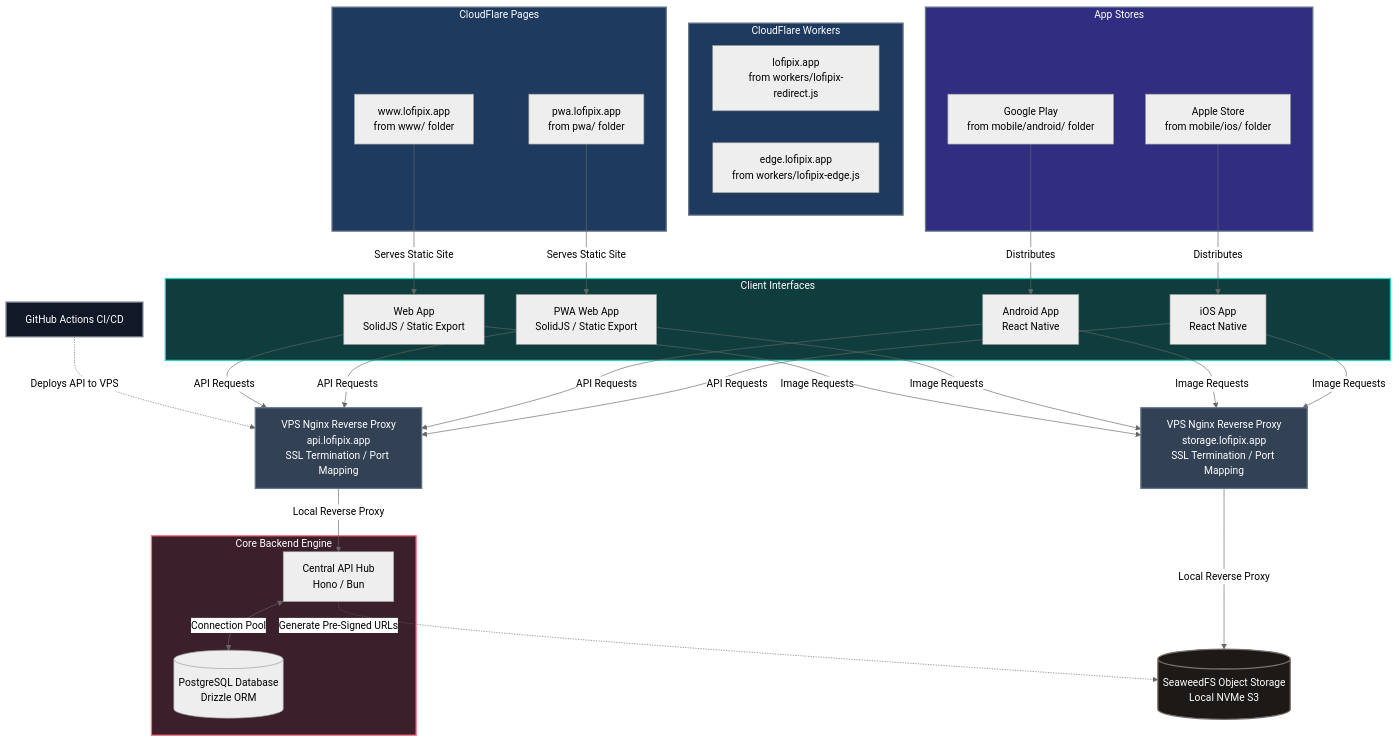
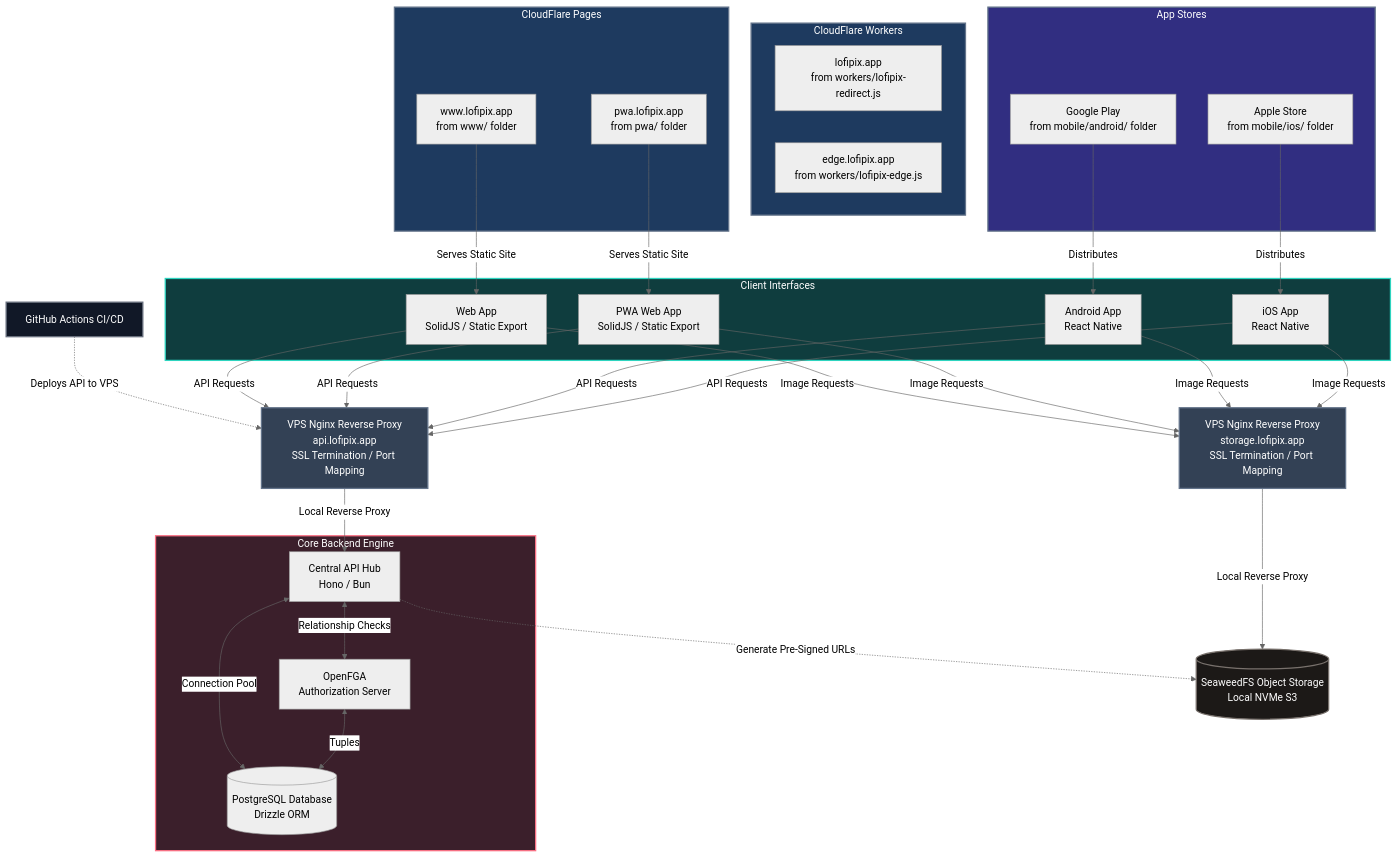
Before and after one commit to pchilton/lofipix: the diagram in README.md, drawn with Mermaid (neutral theme). The commit also changed other lines of this file and 25 other files, not shown here.

Commit message:
Better Auth, OpenFGA

````diff
--- a/README.md
+++ b/README.md
@@ -5,69 +5,72 @@
 ```mermaid
 graph TD
     %% Static Hosting
     subgraph CFWorkers [CloudFlare Workers]
         CFRedirect[lofipix.app<br>from workers/lofipix-redirect.js]
         CFEdge[edge.lofipix.app<br>from workers/lofipix-edge.js]
     end
 
     subgraph CloudFlare [CloudFlare Pages]
         CFWeb[www.lofipix.app<br>from www/ folder]
         CFPWA[pwa.lofipix.app<br>from pwa/ folder]
     end
 
     %% App Stores
     subgraph AppStores [App Stores]
         GooglePlay[Google Play<br>from mobile/android/ folder]
         AppleStore[Apple Store<br>from mobile/ios/ folder]
     end
 
     %% Client Tier
     subgraph ClientInterfaces [Client Interfaces]
         Web[Web App<br>SolidJS / Static Export]
         PWA[PWA Web App<br>SolidJS / Static Export]
         Android[Android App<br>React Native]
         iOS[iOS App<br>React Native]
     end
 
     %% Network Entry
     Proxy[VPS Nginx Reverse Proxy<br>api.lofipix.app<br>SSL Termination / Port Mapping]
 
     %% Deployment
     GHA[GitHub Actions CI/CD] -.->|Deploys API to VPS| Proxy
 
     %% Core Services
     subgraph CoreBackend [Core Backend Engine]
         API[Central API Hub<br>Hono / Bun]
         DB[(PostgreSQL Database<br>Drizzle ORM)]
+        FGA[OpenFGA<br>Authorization Server]
     end
 
     StorageProxy[VPS Nginx Reverse Proxy<br>storage.lofipix.app<br>SSL Termination / Port Mapping]
 
     Storage[(SeaweedFS Object Storage<br>Local NVMe S3)]
 
     %% Hosting Routes
     CFWeb -->|Serves Static Site| Web
     CFPWA -->|Serves Static Site| PWA
     GooglePlay -->|Distributes| Android
     AppleStore -->|Distributes| iOS
 
     %% Traffic Routes
     Web & PWA & Android & iOS -->|API Requests| Proxy
     Web & PWA & Android & iOS -->|Image Requests| StorageProxy
     Proxy -->|Local Reverse Proxy| API
     API <-->|Connection Pool| DB
+    API <-->|Relationship Checks| FGA
+    FGA <-->|Tuples| DB
 
     API -.->|Generate Pre-Signed URLs| Storage
     StorageProxy -->|Local Reverse Proxy| Storage
 
     %% Layout Classes for Styling
     style CFWorkers fill:#1e3a5f,stroke:#64748b,stroke-width:2px,color:#fff
     style CloudFlare fill:#1e3a5f,stroke:#64748b,stroke-width:2px,color:#fff
     style AppStores fill:#312e81,stroke:#64748b,stroke-width:2px,color:#fff
     style ClientInterfaces fill:#0f3d3e,stroke:#2dd4bf,stroke-width:2px,color:#fff
     style CoreBackend fill:#3b1f2b,stroke:#fb7185,stroke-width:2px,color:#fff
     style Proxy fill:#334155,stroke:#64748b,stroke-width:2px,color:#fff
     style StorageProxy fill:#334155,stroke:#64748b,stroke-width:2px,color:#fff
     style Storage fill:#1c1917,stroke:#78716c,stroke-width:2px,color:#fff
     style GHA fill:#111827,stroke:#6b7280,stroke-width:2px,color:#fff
 ```
````
